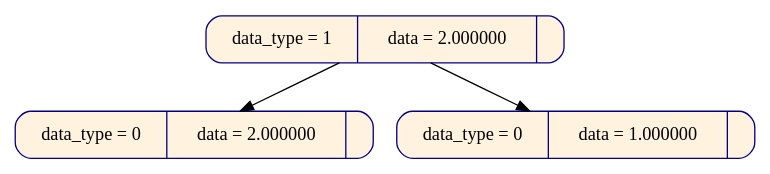
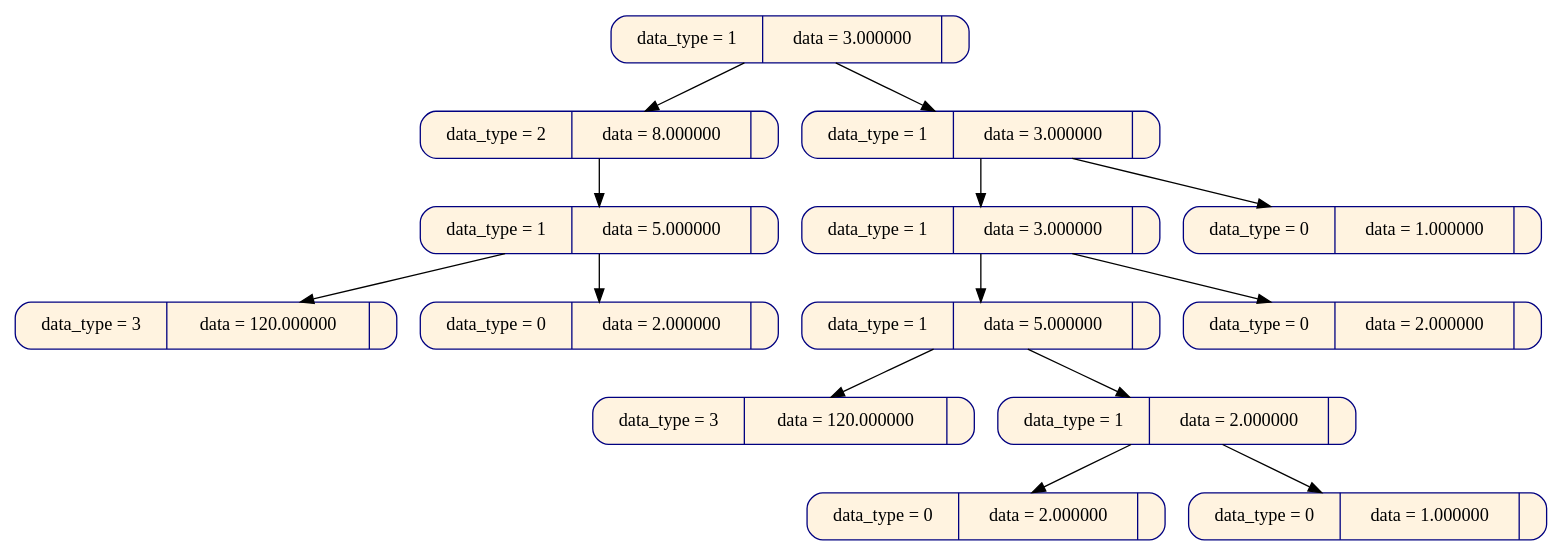
One commit to pupach/diff_tree changed the diagram in diff_tree/gr_dump/diff_tree_8.dot. Above: the diagram before and after it, drawn with Graphviz. The commit also changed 66 other files, not shown here.

```diff
--- a/diff_tree/gr_dump/diff_tree_8.dot
+++ b/diff_tree/gr_dump/diff_tree_8.dot
@@ -1,9 +1,31 @@
 digraph
 {
 node [shape = Mrecord, color  = "navy", style = "filled"];
-node0x6200000000b8[label = " data_type = 1 | data = 2.000000 | ", fillcolor = "#fff3e0", rank = 0];
-node0x6200000000f0[label = " data_type = 0 | data = 2.000000 | ", fillcolor = "#fff3e0", rank = 1];
-node0x620000000128[label = " data_type = 0 | data = 1.000000 | ", fillcolor = "#fff3e0", rank = 1];
-node0x6200000000b8 -> node0x6200000000f0;
-node0x6200000000b8 -> node0x620000000128;
+node0x625000002900[label = " data_type = 1 | data = 3.000000 | ", fillcolor = "#fff3e0", rank = 0];
+node0x625000002938[label = " data_type = 2 | data = 8.000000 | ", fillcolor = "#fff3e0", rank = 1];
+node0x625000002970[label = " data_type = 1 | data = 5.000000 | ", fillcolor = "#fff3e0", rank = 2];
+node0x6250000029a8[label = " data_type = 3 | data = 120.000000 | ", fillcolor = "#fff3e0", rank = 3];
+node0x6250000029e0[label = " data_type = 0 | data = 2.000000 | ", fillcolor = "#fff3e0", rank = 3];
+node0x625000002a18[label = " data_type = 1 | data = 3.000000 | ", fillcolor = "#fff3e0", rank = 1];
+node0x625000002a50[label = " data_type = 1 | data = 3.000000 | ", fillcolor = "#fff3e0", rank = 2];
+node0x625000002a88[label = " data_type = 1 | data = 5.000000 | ", fillcolor = "#fff3e0", rank = 3];
+node0x625000002ac0[label = " data_type = 3 | data = 120.000000 | ", fillcolor = "#fff3e0", rank = 4];
+node0x625000002af8[label = " data_type = 1 | data = 2.000000 | ", fillcolor = "#fff3e0", rank = 4];
+node0x625000002b30[label = " data_type = 0 | data = 2.000000 | ", fillcolor = "#fff3e0", rank = 5];
+node0x625000002b68[label = " data_type = 0 | data = 1.000000 | ", fillcolor = "#fff3e0", rank = 5];
+node0x625000002ba0[label = " data_type = 0 | data = 2.000000 | ", fillcolor = "#fff3e0", rank = 3];
+node0x625000002bd8[label = " data_type = 0 | data = 1.000000 | ", fillcolor = "#fff3e0", rank = 2];
+node0x625000002900 -> node0x625000002938;
+node0x625000002938 -> node0x625000002970;
+node0x625000002970 -> node0x6250000029a8;
+node0x625000002970 -> node0x6250000029e0;
+node0x625000002900 -> node0x625000002a18;
+node0x625000002a18 -> node0x625000002a50;
+node0x625000002a50 -> node0x625000002a88;
+node0x625000002a88 -> node0x625000002ac0;
+node0x625000002a88 -> node0x625000002af8;
+node0x625000002af8 -> node0x625000002b30;
+node0x625000002af8 -> node0x625000002b68;
+node0x625000002a50 -> node0x625000002ba0;
+node0x625000002a18 -> node0x625000002bd8;
 }
```
